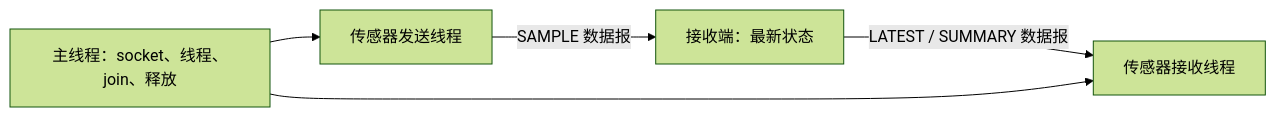
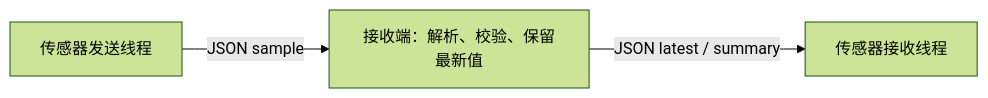
One commit to HuangX666/hx_c_platform changed the diagram in docs/UDP_BUSINESS.zh-CN.md. Above: the diagram before and after it, drawn with Mermaid (forest theme). The commit also changed other lines of this file and 32 other files, not shown here.

````diff
--- a/docs/UDP_BUSINESS.zh-CN.md
+++ b/docs/UDP_BUSINESS.zh-CN.md
@@ -43,7 +43,5 @@
 ```mermaid
 flowchart LR
-    TX[传感器发送线程] -->|SAMPLE 数据报| S[接收端：最新状态]
-    S -->|LATEST / SUMMARY 数据报| RX[传感器接收线程]
-    Main[主线程：socket、线程、join、释放] --> TX
-    Main --> RX
+    TX[传感器发送线程] -->|JSON sample| S[接收端：解析、校验、保留最新值]
+    S -->|JSON latest / summary| RX[传感器接收线程]
 ```
````
